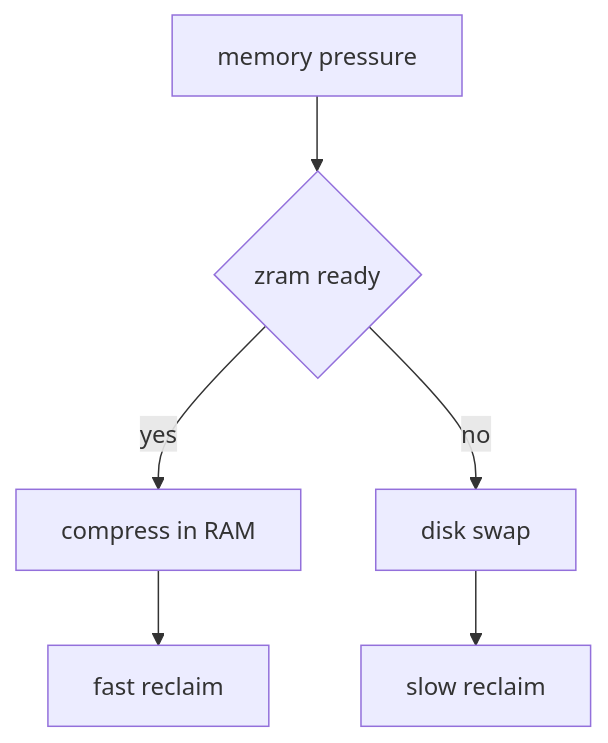
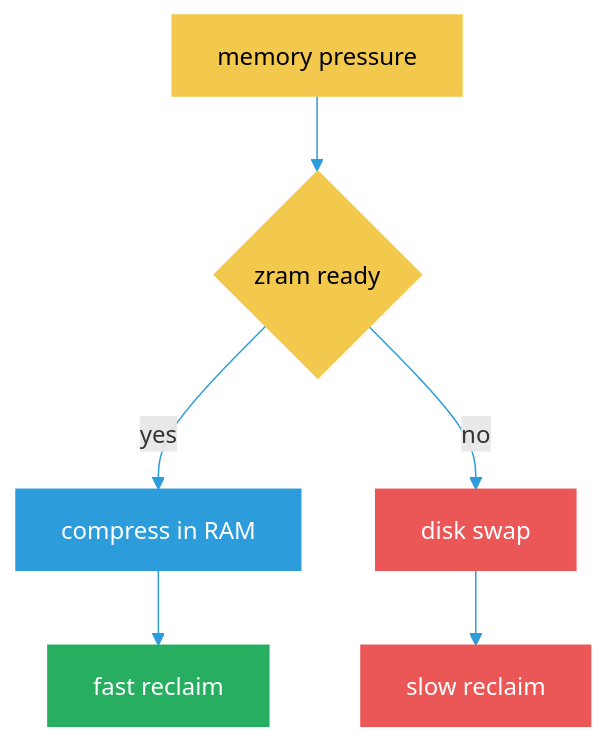
One commit to 444Nazky/My-Vault changed the ninth of 11 diagrams in Graphs/System-Diagrams.md. Above: the diagram before and after it, drawn with Mermaid. The commit also changed other lines of this file and 15 other files, not shown here.

````diff
--- a/Graphs/System-Diagrams.md
+++ b/Graphs/System-Diagrams.md
@@ -158,8 +198,15 @@
 ```mermaid
+%%{init: {'theme': 'default', 'themeVariables': { 'primaryColor': '#2D9CDB', 'lineColor': '#2D9CDB'}}}%%
 flowchart TD
  PRESS["memory pressure"] --> ZRAMQ{"zram ready"}
  ZRAMQ -->|"yes"| COMP2["compress in RAM"]
  ZRAMQ -->|"no"| DISK2["disk swap"]
  COMP2 --> FAST["fast reclaim"]
  DISK2 --> SLOWD["slow reclaim"]
+ style PRESS fill:#F2C94C,stroke:#F2C94C,color:#000
+ style ZRAMQ fill:#F2C94C,stroke:#F2C94C,color:#000
+ style COMP2 fill:#2D9CDB,stroke:#2D9CDB,color:#fff
+ style FAST fill:#27AE60,stroke:#27AE60,color:#fff
+ style DISK2 fill:#EB5757,stroke:#EB5757,color:#fff
+ style SLOWD fill:#EB5757,stroke:#EB5757,color:#fff
 ```
````
